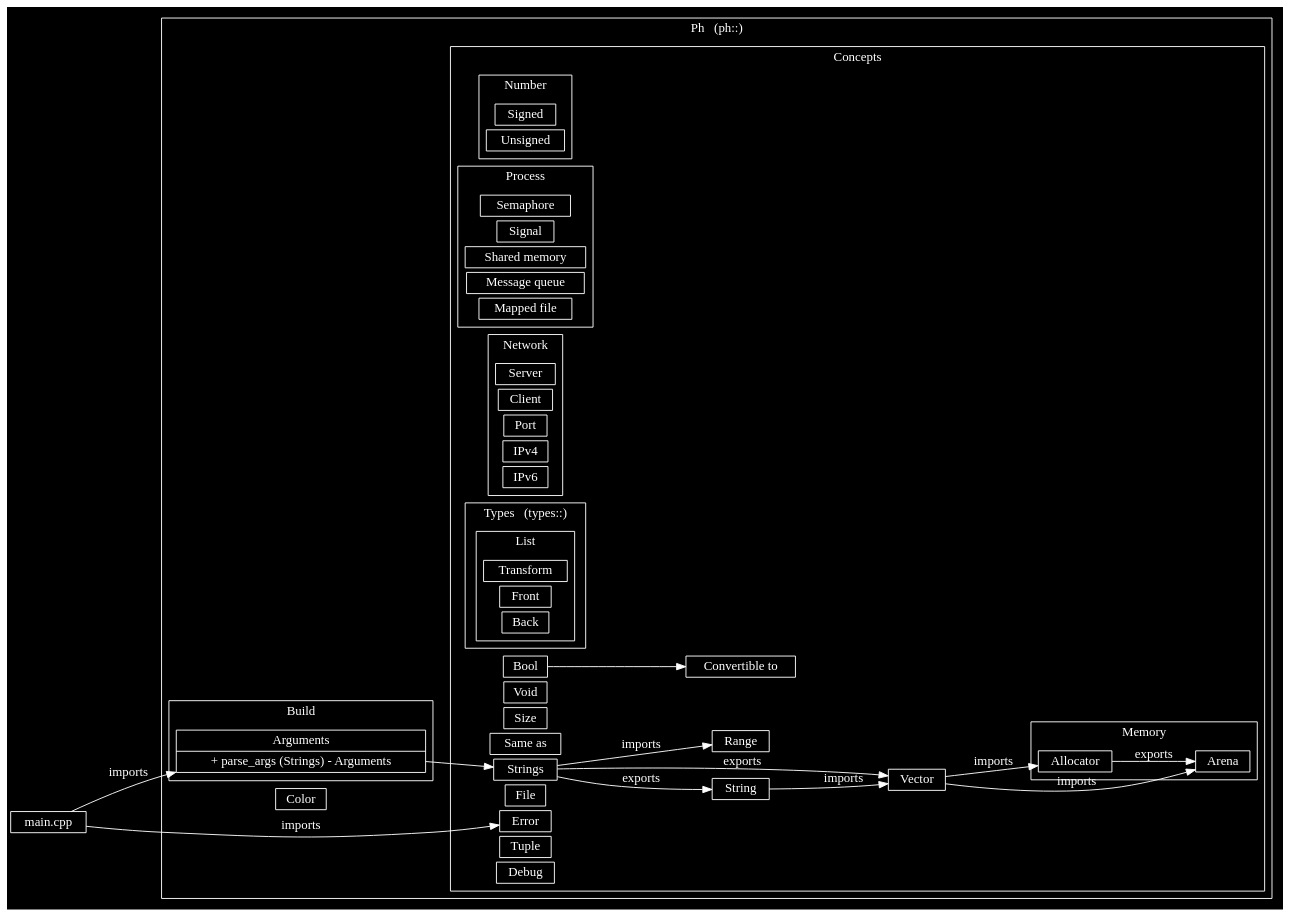
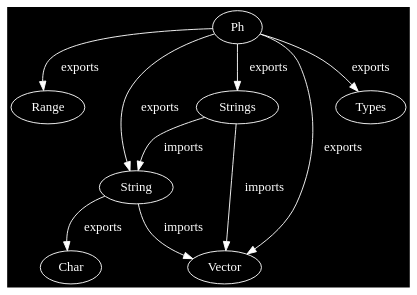
The second of 10 diagrams in README.md (phiwen96/ph), drawn with Graphviz before and after one commit. The commit also changed 11 other files, not shown here.

````diff
--- a/README.md
+++ b/README.md
@@ -37,137 +93,21 @@
 ```graphviz
-digraph G
+digraph structs 
 {
-	center=true;
 	compound=true;
 	graph [bgcolor=black fontcolor=white color=white];
 	node [fillcolor=black style=filled color=white fontcolor=white];
 	edge [color=white fontcolor=white];
-			nodesep=.05;
-			rankdir=LR;
-			node [shape=record,width=.1,height=.1];
 
-	subgraph cluster0
-	{
+	"Ph"
 
-		label = "Ph   (ph::)"
-		URL = "https://github.com/phiwen96/ph/blob/0.0.0/Ph.cpp"
-
-		subgraph cluster00 
-		{
-			label = "Concepts"
-			URL = "https://github.com/phiwen96/ph/blob/0.0.0/Concepts.cpp"
-			
-
-			"Convertible to" [URL = "https://github.com/phiwen96/ph/blob/0.0.0/Convertible_to.cpp"]
-			"Bool" -> "Convertible to" [URL = "https://github.com/phiwen96/ph/blob/0.0.0/Bool.cpp"]
-			"Void"
-			"Size"
-			
-			"Server" 
-			
-			"Same as"
-			
-			"Range"
-			
-
-
-			"String";
-			"Strings" -> "Vector" [label="  exports"];
-			"Strings" -> "String" [label="  exports"];
-			"Strings" -> "Range" [label="  imports"];
-
-			"File";
-			"Error";
-			"Tuple";
-			
-			"Debug";
-
-			
-
-			subgraph cluster000
-			{
-				label = "Memory"
-				"Arena"
-				"Allocator" -> "Arena" [label = "exports"]
-				
-			}
-
-			"Vector" -> "Allocator" [label = "  imports"]
-			"Vector" -> "Arena" [label = "  imports"]
-
-			"String" -> "Vector" [label = "  imports"]
-
-			subgraph cluster001 
-			{
-				label = "Number"
-				"Signed"
-				"Unsigned"
-			}
-
-			subgraph cluster002
-			{
-				label = "Process"
-
-				"Semaphore"
-				"Signal"
-				"Shared memory"
-				"Message queue"
-				"Mapped file"
-			}
-
-			subgraph cluster003
-			{
-				label = "Network"
-
-				"Server"
-				"Client"
-				"Port"
-				"IPv4"
-				"IPv6"
-			}
-
-			subgraph cluster004
-			{
-				label = "Types   (types::)"
-
-				"Transform"
-
-				subgraph cluster0040
-				{
-					label = "List"
-
-					"Front"
-					"Back"
-					"Transform"
-				}
-				
-			}
-		}
-
-
-		subgraph cluster01
-		{
-		
-			label = "Build"
-			Arguments [shape=record, label = "<f0> Arguments 
-				|{<f1> + parse_args (Strings) - Arguments }
-			"];
-
-			Arguments -> "Strings"
-
-			
-			
-		}
-
-		"Color"
-	}
-
-	"main.cpp" -> "Arguments" [label = "imports"]
-	"main.cpp" -> "Error" [label = "imports"]
-
-
-	
-	
-	
+	"Ph" -> "Range" [label = "  exports"]
+	"Strings" -> "String" [label = "  imports"]
+	"String" -> "Char" [label = "  exports"]
+	"String" -> "Vector" [label = "  imports"]
+	"Strings" -> "Vector" [label = "  imports"]
+	"Ph" -> "Vector" [label = "  exports"]
+	"Ph" -> "Strings" [label = "  exports"]
+	"Ph" -> "String" [label = "  exports"]
+	"Ph" -> "Types" [label = "  exports"]
 }
 ```
````
